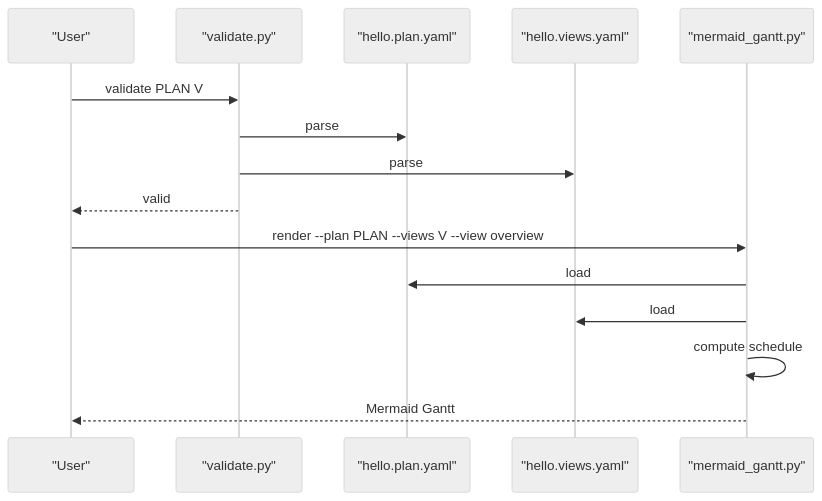
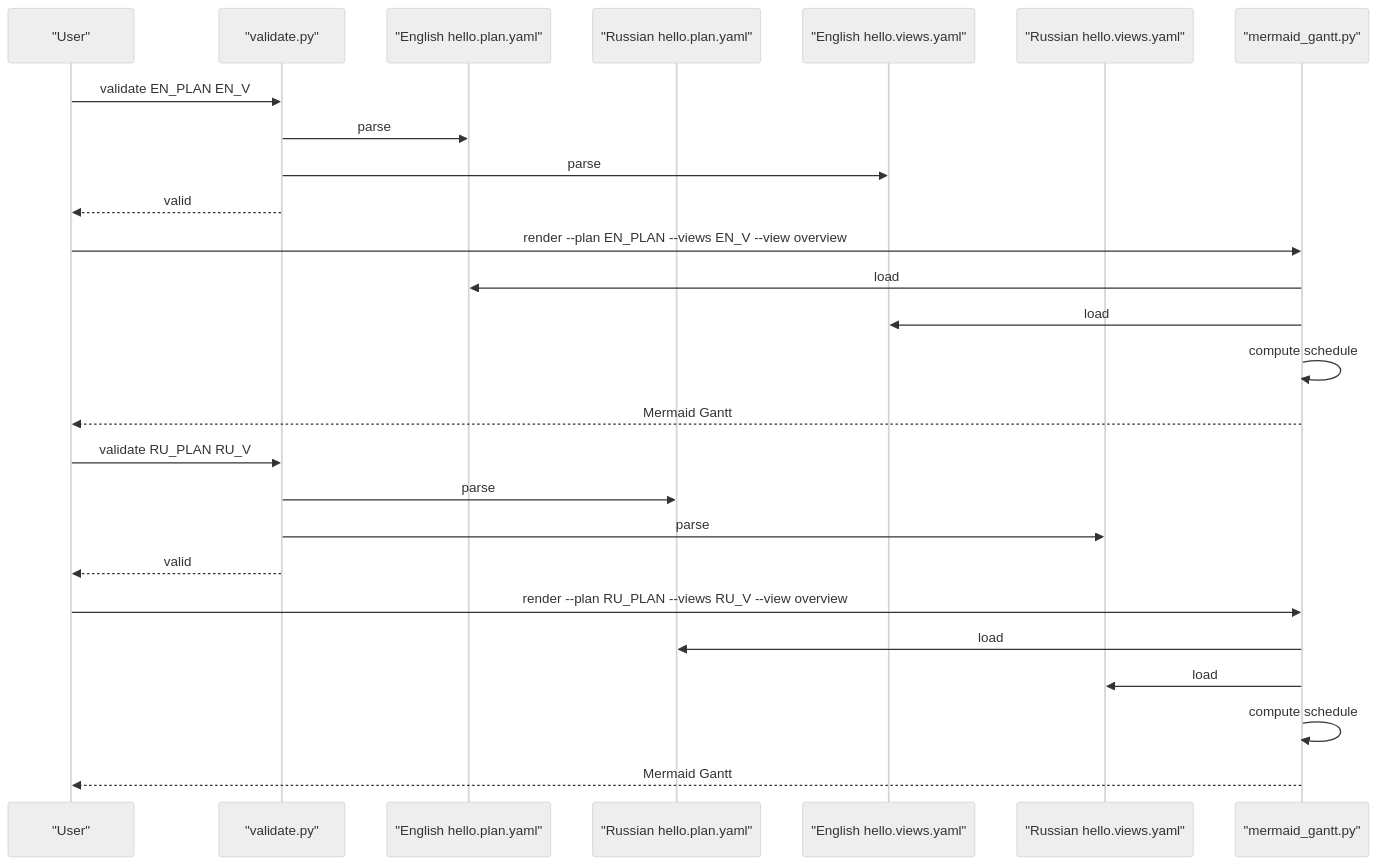
The fourth of 6 diagrams in .qoder/repowiki/en/content/Examples and Use Cases/Examples and Use Cases.md (asukhodko/opskarta), drawn with Mermaid (neutral theme) before and after one commit. The commit also changed other lines of this file and 7 other files, not shown here.

First line of the commit message:
feat(docs): add bilingual English and Russian examples and specifications

````diff
--- a/.qoder/repowiki/en/content/Examples and Use Cases/Examples and Use Cases.md
+++ b/.qoder/repowiki/en/content/Examples and Use Cases/Examples and Use Cases.md
@@ -167,17 +232,28 @@
 ```mermaid
 sequenceDiagram
 participant U as "User"
 participant VAL as "validate.py"
-participant PLAN as "hello.plan.yaml"
-participant V as "hello.views.yaml"
+participant EN_PLAN as "English hello.plan.yaml"
+participant RU_PLAN as "Russian hello.plan.yaml"
+participant EN_V as "English hello.views.yaml"
+participant RU_V as "Russian hello.views.yaml"
 participant R as "mermaid_gantt.py"
-U->>VAL : validate PLAN V
-VAL->>PLAN : parse
-VAL->>V : parse
+U->>VAL : validate EN_PLAN EN_V
+VAL->>EN_PLAN : parse
+VAL->>EN_V : parse
 VAL-->>U : valid
-U->>R : render --plan PLAN --views V --view overview
-R->>PLAN : load
-R->>V : load
+U->>R : render --plan EN_PLAN --views EN_V --view overview
+R->>EN_PLAN : load
+R->>EN_V : load
+R->>R : compute schedule
+R-->>U : Mermaid Gantt
+U->>VAL : validate RU_PLAN RU_V
+VAL->>RU_PLAN : parse
+VAL->>RU_V : parse
+VAL-->>U : valid
+U->>R : render --plan RU_PLAN --views RU_V --view overview
+R->>RU_PLAN : load
+R->>RU_V : load
 R->>R : compute schedule
 R-->>U : Mermaid Gantt
 ```
````
